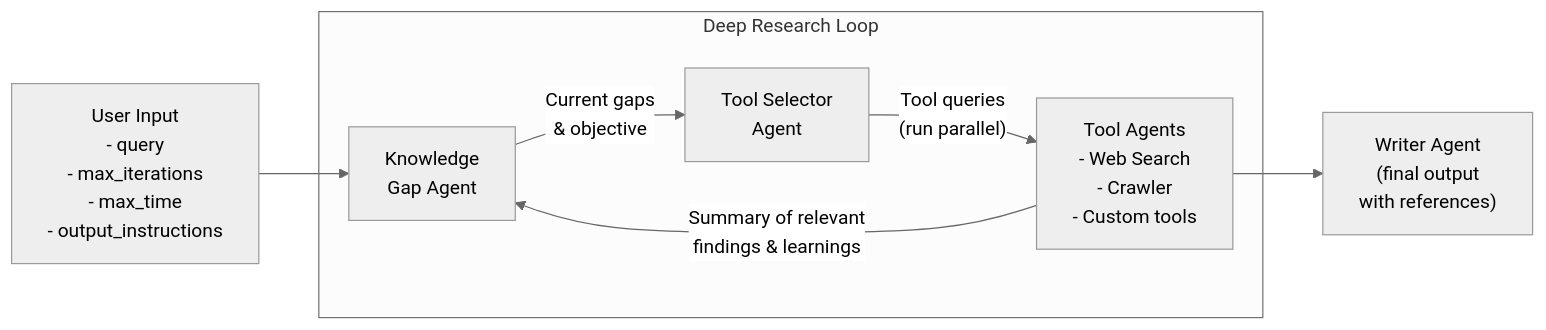
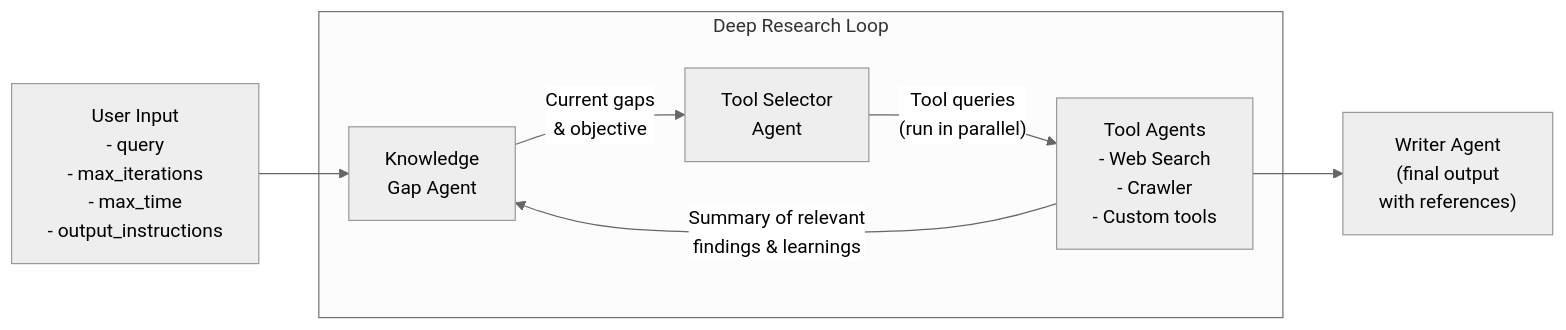
One commit to tsubasakong/agents-deep-research changed the first of 2 diagrams in README.md. Above: the diagram before and after it, drawn with Mermaid (neutral theme). The commit also changed other lines of this file and 16 other files, not shown here.

````diff
--- a/README.md
+++ b/README.md
@@ -24,12 +37,12 @@
 ```mermaid
 flowchart LR
     A["User Input<br>- query<br>- max_iterations<br>- max_time<br>- output_instructions"] --> B
 
     subgraph "Deep Research Loop"
         B["Knowledge<br>Gap Agent"] -->|"Current gaps<br>& objective"| C["Tool Selector<br>Agent"]
-        C -->|"Tool queries<br>(run parallel)"| D["Tool Agents<br>- Web Search<br>- Crawler<br>- Custom tools"]
+        C -->|"Tool queries<br>(run in parallel)"| D["Tool Agents<br>- Web Search<br>- Crawler<br>- Custom tools"]
         D -->|"Summary of relevant<br>findings & learnings"| B
     end
 
     D --> E["Writer Agent<br>(final output<br>with references)"]
 ```
````
